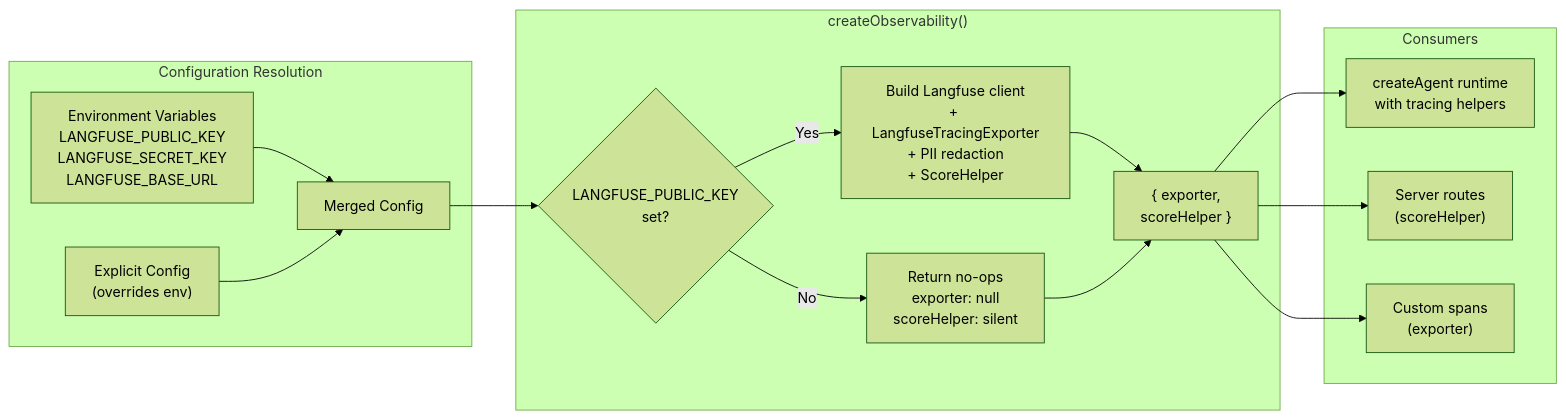
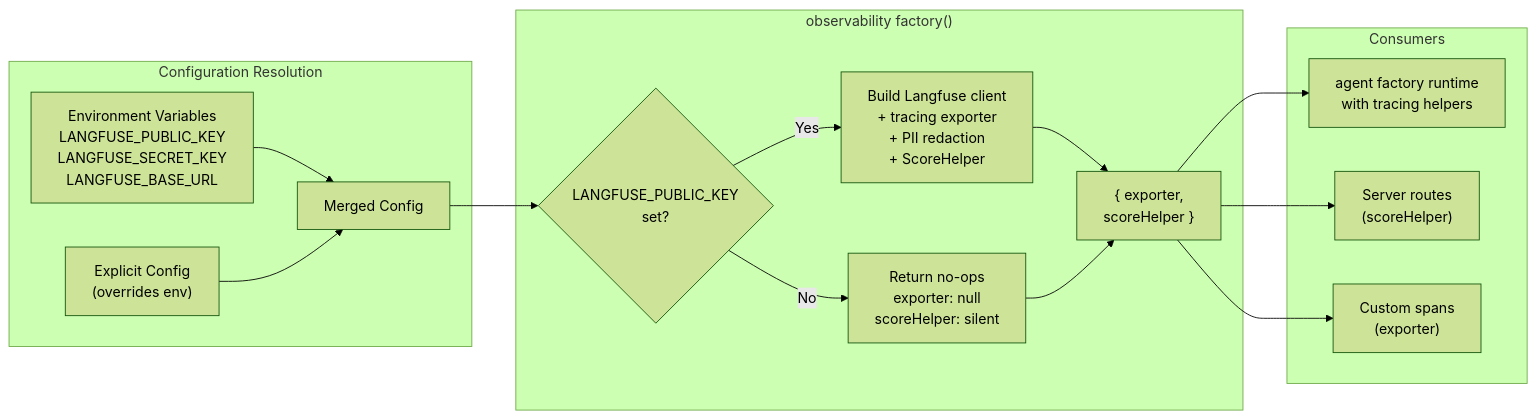
One commit to 1qh/safeagent changed the fourth of 14 diagrams in plan/14-observability.md. Above: the diagram before and after it, drawn with Mermaid (forest theme). The commit also changed other lines of this file and 18 other files, not shown here.

````diff
--- a/plan/14-observability.md
+++ b/plan/14-observability.md
@@ -204,24 +204,24 @@
 ```mermaid
 graph LR
     subgraph CONFIG["Configuration Resolution"]
         ENV["Environment Variables\nLANGFUSE_PUBLIC_KEY\nLANGFUSE_SECRET_KEY\nLANGFUSE_BASE_URL"]
         ARG["Explicit Config\n(overrides env)"]
         ENV --> MERGE["Merged Config"]
         ARG --> MERGE
     end
-    subgraph FACTORY["createObservability()"]
+    subgraph FACTORY["observability factory()"]
         MERGE --> CHECK{"LANGFUSE_PUBLIC_KEY\nset?"}
-        CHECK -->|"Yes"| BUILD["Build Langfuse client\n+ LangfuseTracingExporter\n+ PII redaction\n+ ScoreHelper"]
+        CHECK -->|"Yes"| BUILD["Build Langfuse client\n+ tracing exporter\n+ PII redaction\n+ ScoreHelper"]
         CHECK -->|"No"| NOOP["Return no-ops\nexporter: null\nscoreHelper: silent"]
         BUILD --> RETURN["{ exporter,\nscoreHelper }"]
         NOOP --> RETURN
     end
     subgraph CONSUMERS["Consumers"]
-        AGENT_RUNTIME["createAgent runtime\nwith tracing helpers"]
+        AGENT_RUNTIME["agent factory runtime\nwith tracing helpers"]
         SERVER["Server routes\n(scoreHelper)"]
         ADVANCED["Custom spans\n(exporter)"]
     end
     RETURN --> AGENT_RUNTIME
     RETURN --> SERVER
     RETURN --> ADVANCED
 ```
````
